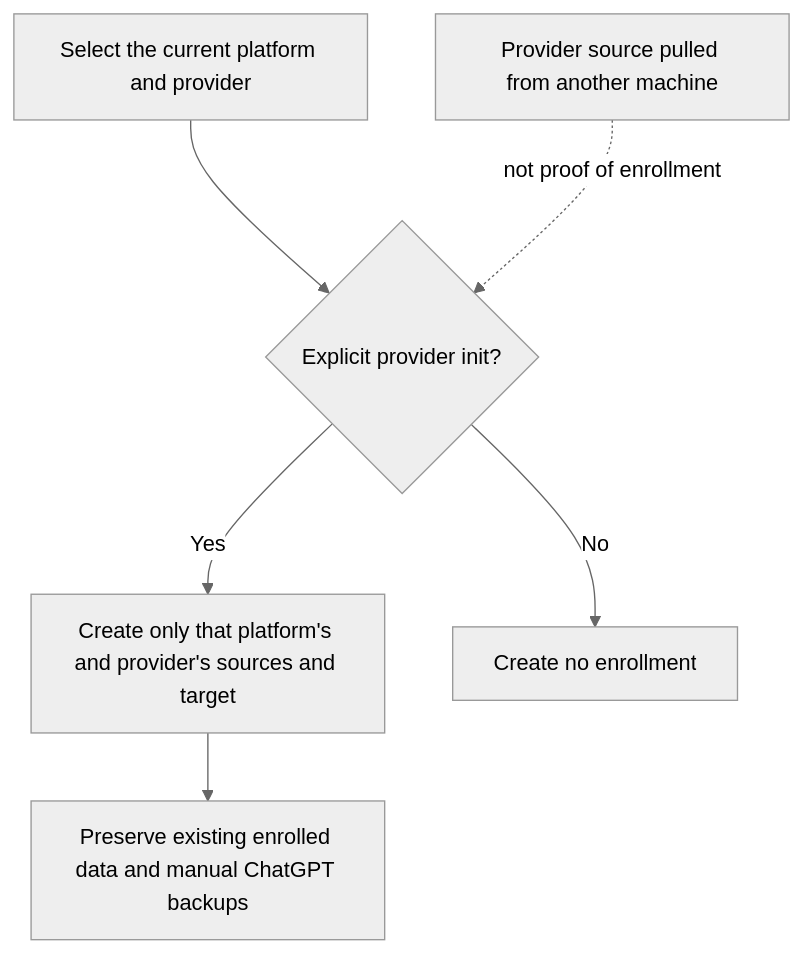
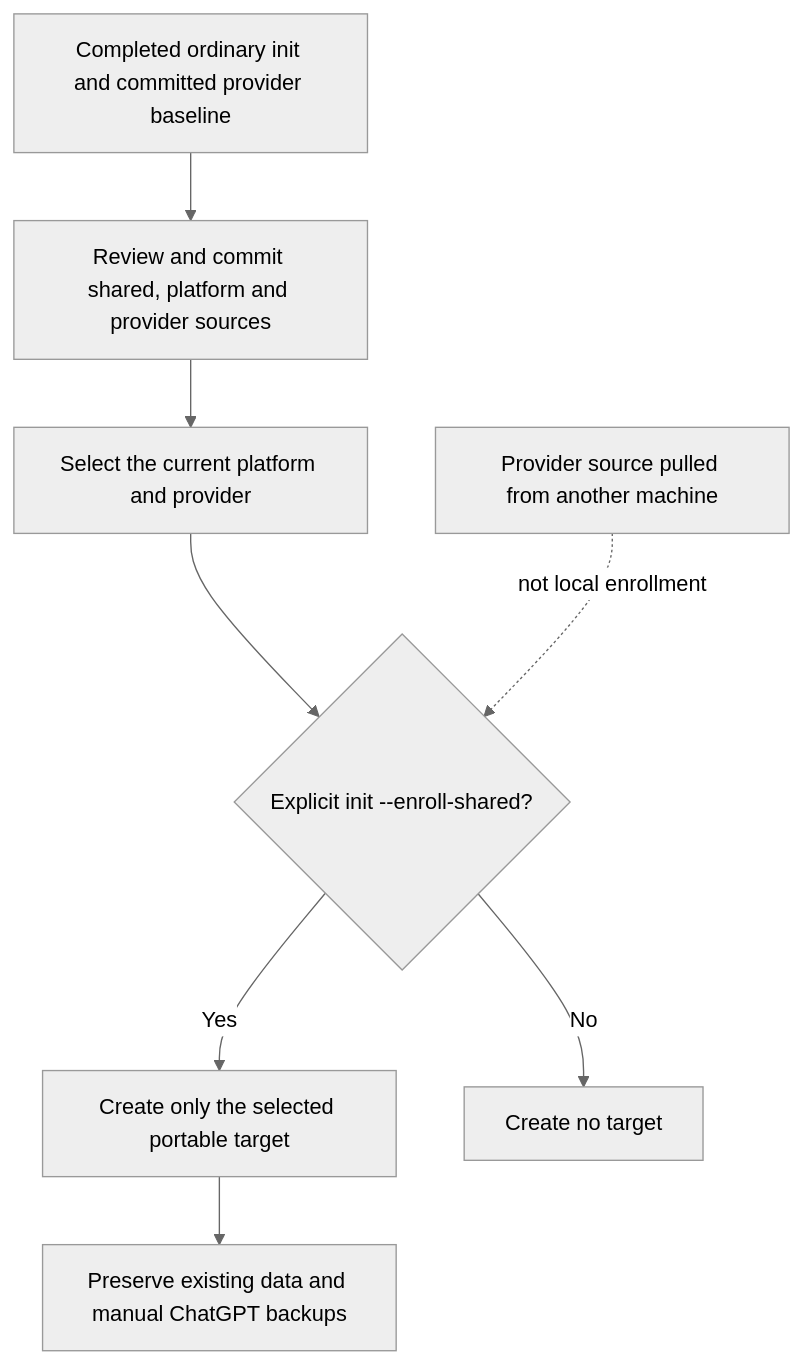
The third of 6 diagrams in docs/shared-instructions-design.md (ferrywlto/ai-env-as-code), drawn with Mermaid (neutral theme) before and after one commit. The commit also changed other lines of this file and 18 other files, not shown here.

Commit message:
feat: add opt-in shared instruction enrollment

````diff
--- a/docs/shared-instructions-design.md
+++ b/docs/shared-instructions-design.md
@@ -52,8 +52,10 @@
 ```mermaid
 flowchart TD
-    Select[Select the current platform and provider] --> Init{Explicit provider init?}
-    Init -->|Yes| Create[Create only that platform's and provider's sources and target]
-    Init -->|No| None[Create no enrollment]
-    Pulled[Provider source pulled from another machine] -.->|not proof of enrollment| Init
-    Create --> Keep[Preserve existing enrolled data and manual ChatGPT backups]
+    Legacy[Completed ordinary init and committed provider baseline] --> Split[Review and commit shared, platform and provider sources]
+    Split --> Select[Select the current platform and provider]
+    Select --> Init{Explicit init --enroll-shared?}
+    Init -->|Yes| Create[Create only the selected portable target]
+    Init -->|No| None[Create no target]
+    Pulled[Provider source pulled from another machine] -.->|not local enrollment| Init
+    Create --> Keep[Preserve existing data and manual ChatGPT backups]
 ```
````
